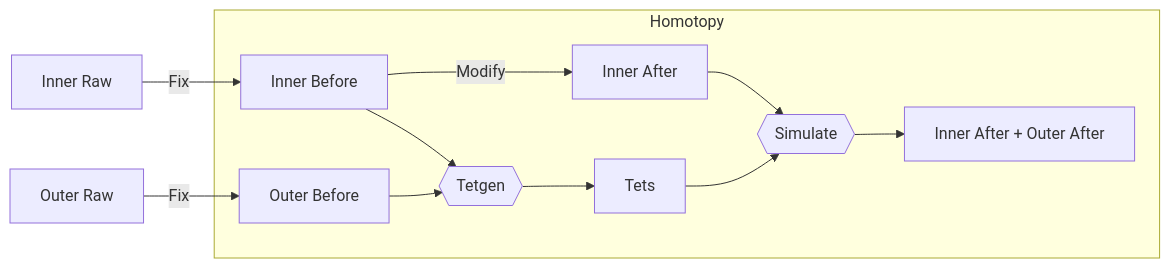
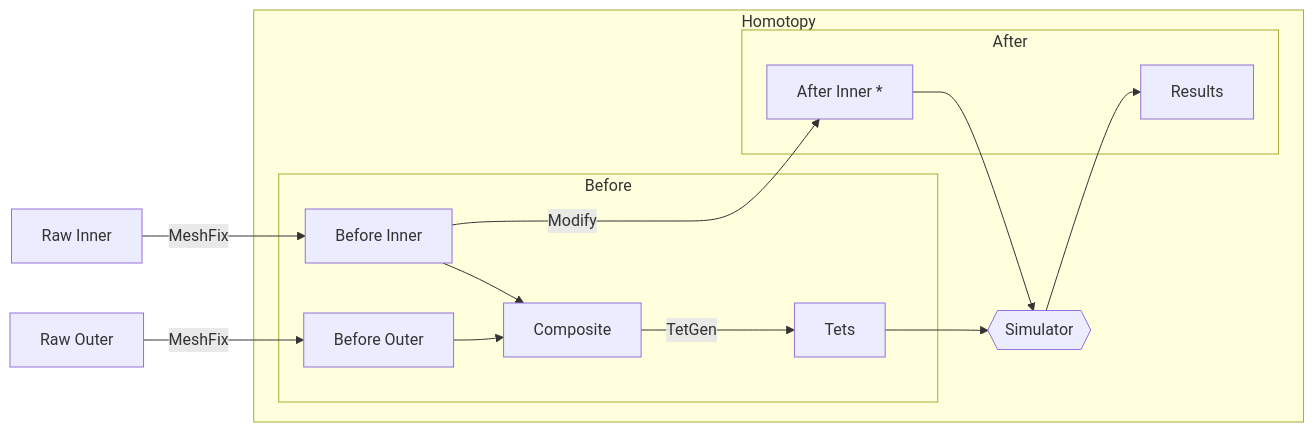
Before and after one commit to liblaf/taichi-extras: the diagram in taichi_extras/examples/sculptor/README.md, drawn with Mermaid. The commit also changed other lines of this file and 91 other files, not shown here.

````diff
--- a/taichi_extras/examples/sculptor/README.md
+++ b/taichi_extras/examples/sculptor/README.md
@@ -1,21 +28,26 @@
 ```mermaid
 flowchart LR
+  RI[Raw Inner]
+  RO[Raw Outer]
   subgraph Homotopy
-    IB
-    OB
-    T
-    IA
-    Tets
-    S
-    R
+    subgraph Before
+      BO[Before Outer]
+      BI[Before Inner]
+      C[Composite]
+      T[Tets]
+    end
+    subgraph After
+      AI[After Inner *]
+      R[Results]
+    end
+    S{{Simulator}}
   end
-  IR[Inner Raw] -- Fix --> IB[Inner Before]
-  OR[Outer Raw] -- Fix --> OB[Outer Before]
-  IB -- Modify --> IA[Inner After]
-  IA --> S{{Simulate}}
-  Tets --> S
-  IB --> T{{Tetgen}}
-  OB --> T
-  T --> Tets
-  S --> R[Inner After + Outer After]
+  RO --> | MeshFix | BO
+  RI --> | MeshFix | BI
+  BO & BI --> C
+  C  --> | TetGen | T
+  BI --> | Modify | AI
+  T  --> S
+  AI --> S
+  S --> R
 ```
````
